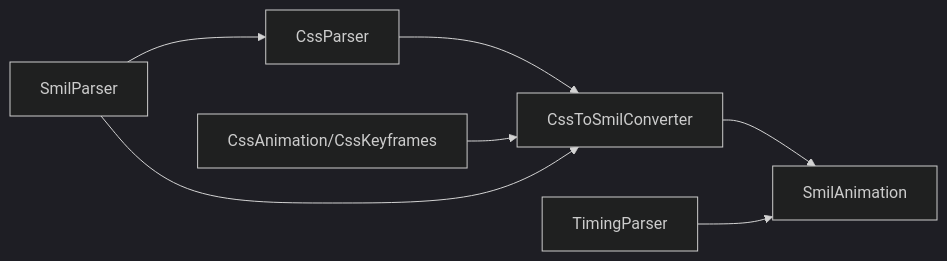
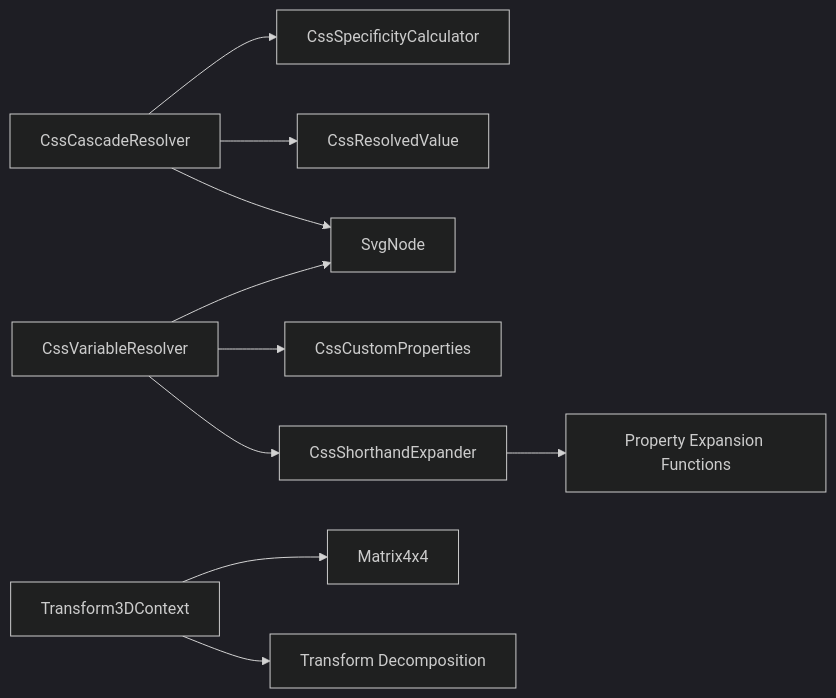
One commit to denisnadey/flutter_full_svg_support changed the seventh of 7 diagrams in .qoder/repowiki/en/content/Animated SVG Support/CSS Animation Conversion.md. Above: the diagram before and after it, drawn with Mermaid (dark theme). The commit also changed other lines of this file and 39 other files, not shown here.

First line of the commit message:
feat(animation): add advanced CSS processing and 3D transform support

````diff
--- a/.qoder/repowiki/en/content/Animated SVG Support/CSS Animation Conversion.md
+++ b/.qoder/repowiki/en/content/Animated SVG Support/CSS Animation Conversion.md
@@ -259,9 +422,12 @@
 ```mermaid
 graph LR
-CP["CssParser"] --> CTS["CssToSmilConverter"]
-CM["CssAnimation/CssKeyframes"] --> CTS
-CTS --> SA["SmilAnimation"]
-TP["TimingParser"] --> SA
-SP["SmilParser"] --> CP
-SP --> CTS
+CS["CssCascadeResolver"] --> SC["CssSpecificityCalculator"]
+CS --> RV["CssResolvedValue"]
+CS --> SN["SvgNode"]
+CV["CssVariableResolver"] --> CP["CssCustomProperties"]
+CV --> CE["CssCalcEvaluator"]
+CV --> SN
+CE["CssShorthandExpander"] --> PE["Property Expansion Functions"]
+T3D["Transform3DContext"] --> M4["Matrix4x4"]
+T3D --> TD["Transform Decomposition"]
 ```
````
